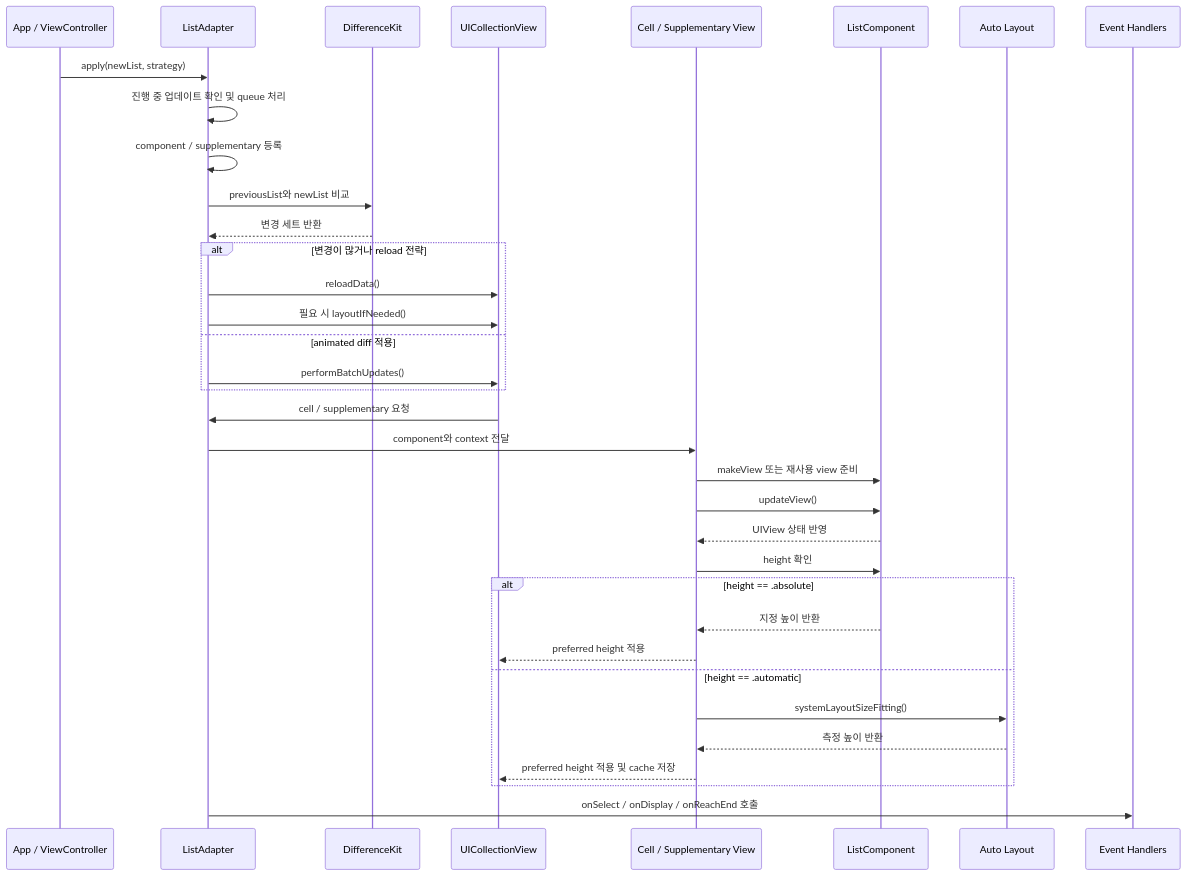
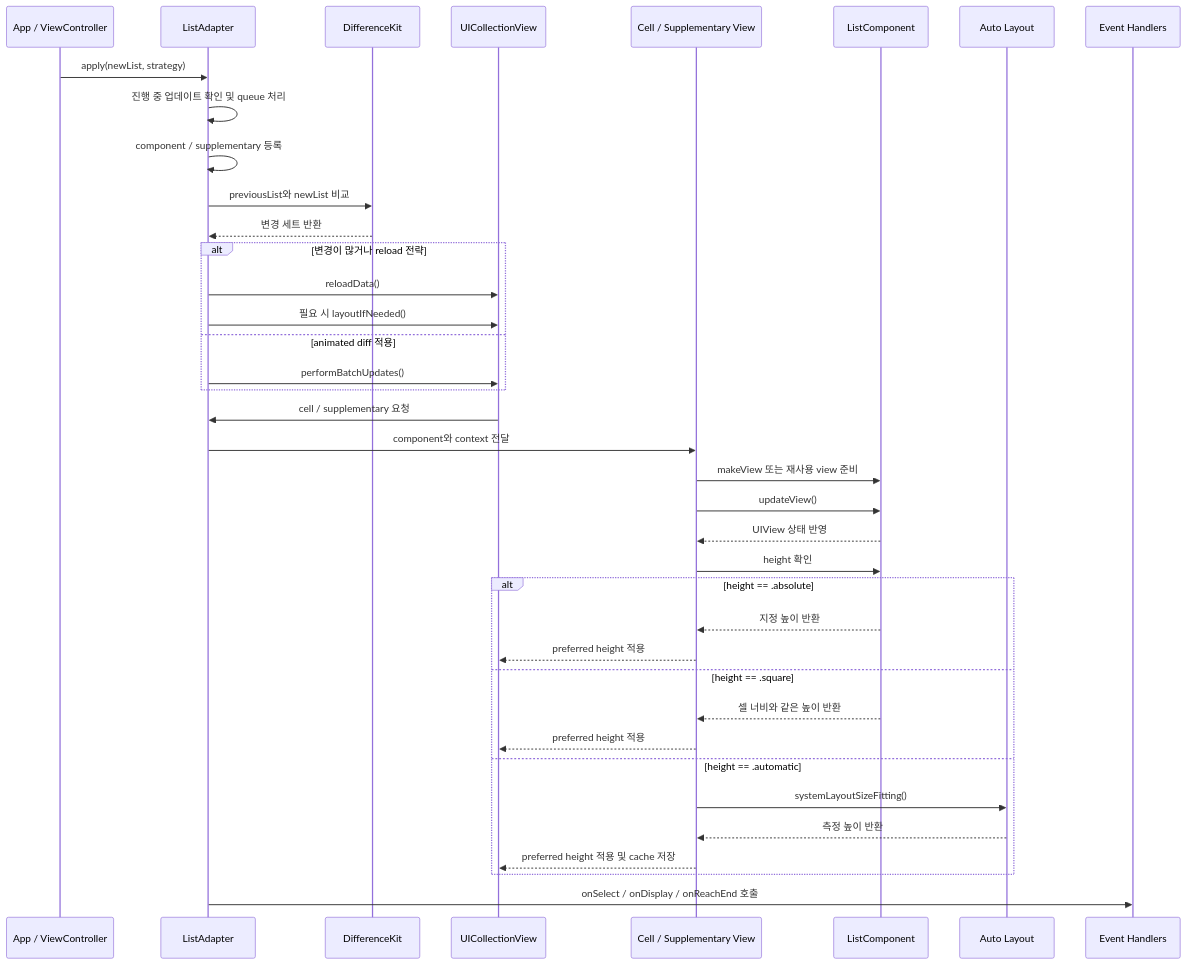
Before and after one commit to indextrown/CarbonListKit: the second of 2 diagrams in README.md, drawn with Mermaid. The commit also changed other lines of this file and 8 other files, not shown here.

````diff
--- a/README.md
+++ b/README.md
@@ -823,40 +826,43 @@
 ```mermaid
 sequenceDiagram
   participant App as App / ViewController
   participant Adapter as ListAdapter
   participant Diff as DifferenceKit
   participant CV as UICollectionView
   participant Cell as Cell / Supplementary View
   participant Component as ListComponent
   participant Layout as Auto Layout
   participant Event as Event Handlers
 
   App->>Adapter: apply(newList, strategy)
   Adapter->>Adapter: 진행 중 업데이트 확인 및 queue 처리
   Adapter->>Adapter: component / supplementary 등록
   Adapter->>Diff: previousList와 newList 비교
   Diff-->>Adapter: 변경 세트 반환
 
   alt 변경이 많거나 reload 전략
     Adapter->>CV: reloadData()
     Adapter->>CV: 필요 시 layoutIfNeeded()
   else animated diff 적용
     Adapter->>CV: performBatchUpdates()
   end
 
   CV->>Adapter: cell / supplementary 요청
   Adapter->>Cell: component와 context 전달
   Cell->>Component: makeView 또는 재사용 view 준비
   Cell->>Component: updateView()
   Component-->>Cell: UIView 상태 반영
   Cell->>Component: height 확인
   alt height == .absolute
     Component-->>Cell: 지정 높이 반환
     Cell-->>CV: preferred height 적용
+  else height == .square
+    Component-->>Cell: 셀 너비와 같은 높이 반환
+    Cell-->>CV: preferred height 적용
   else height == .automatic
     Cell->>Layout: systemLayoutSizeFitting()
     Layout-->>Cell: 측정 높이 반환
     Cell-->>CV: preferred height 적용 및 cache 저장
   end
   Adapter->>Event: onSelect / onDisplay / onReachEnd 호출
 ```
````
